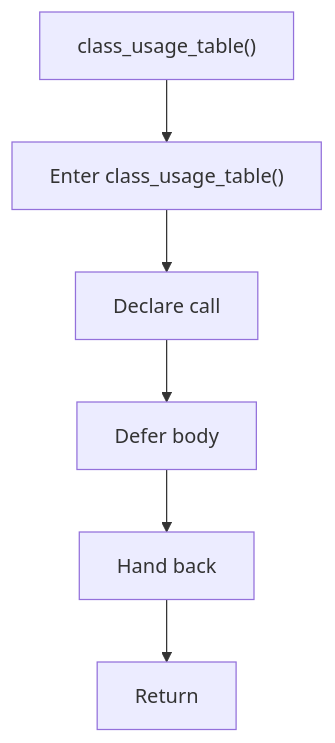
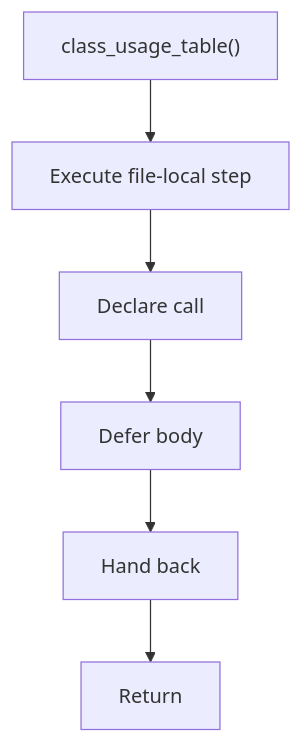
Before and after one commit to JohnAndrewBalbarosa/NeoTerritory: the diagram in docs/Codebase/Microservice/Modules/Header/SyntacticBrokenAST/Analysis/ImplementationUse/Binding/Symbols/Flow/functions/class_usage_table.hpp.md, drawn with Mermaid. The commit also changed other lines of this file and 915 other files, not shown here.

````diff
--- a/docs/Codebase/Microservice/Modules/Header/SyntacticBrokenAST/Analysis/ImplementationUse/Binding/Symbols/Flow/functions/class_usage_table.hpp.md
+++ b/docs/Codebase/Microservice/Modules/Header/SyntacticBrokenAST/Analysis/ImplementationUse/Binding/Symbols/Flow/functions/class_usage_table.hpp.md
@@ -16,14 +16,14 @@
 ```mermaid
 flowchart TD
     Start["class_usage_table()"]
-    N0["Enter class_usage_table()"]
+    N0["Execute file-local step"]
     N1["Declare call"]
     N2["Defer body"]
     N3["Hand back"]
     End["Return"]
     Start --> N0
     N0 --> N1
     N1 --> N2
     N2 --> N3
     N3 --> End
 ```
````
